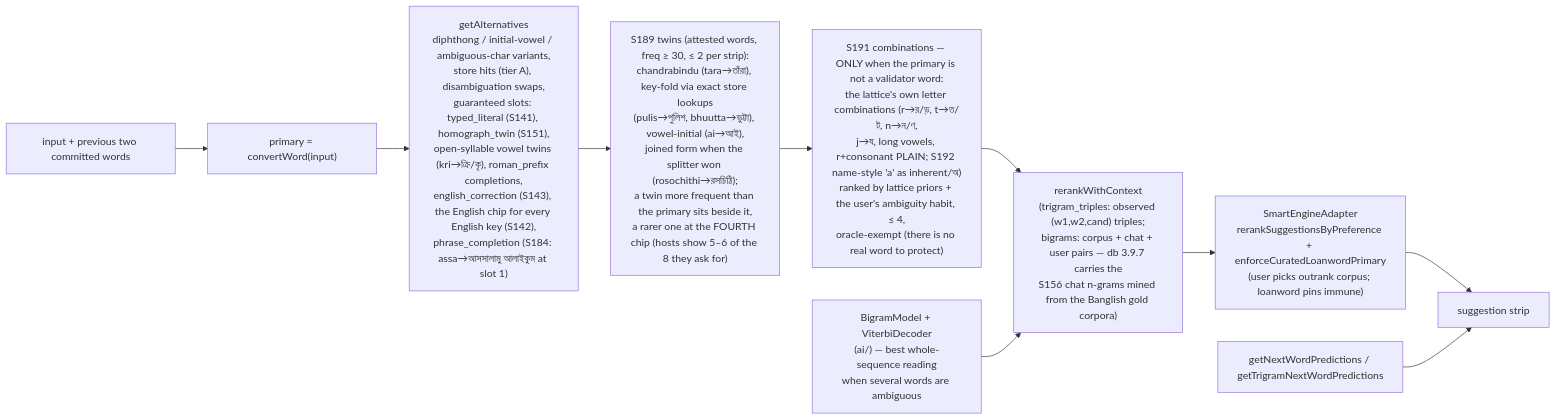
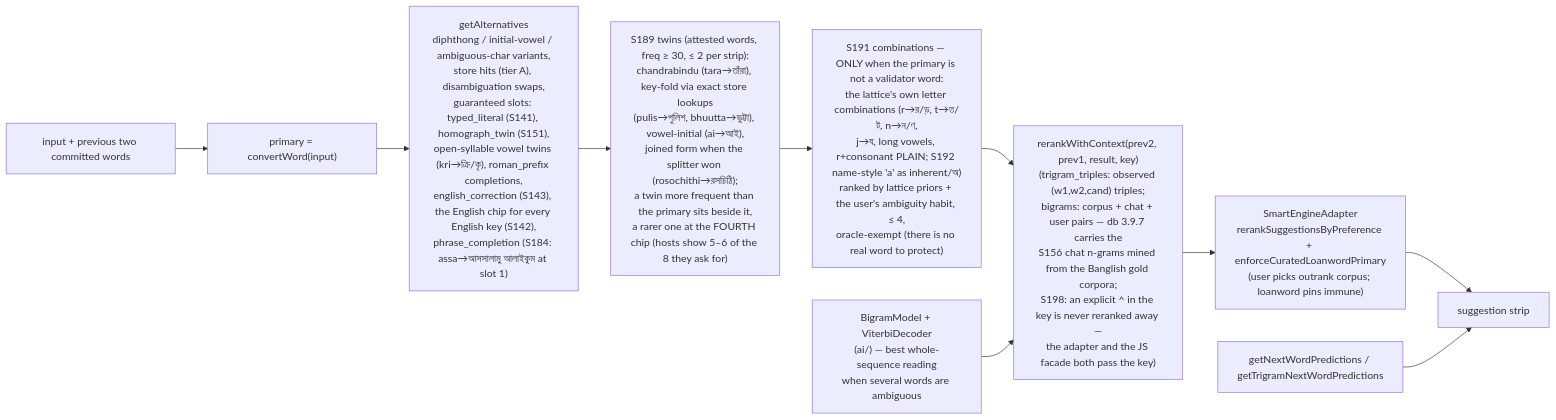
Before and after one commit to Shahabul87/banglu-kmp: the fifth of 10 diagrams in docs/architecture/engine-architecture.md, drawn with Mermaid. The commit also changed other lines of this file, not shown here.

First line of the commit message:
docs(architecture): fold S194–S198 into the engine reference — spacebar rollover, hold-c direct marker, keystroke memory budget, deletion run + mid-word caret, z-faithful law, full-profile default, explicit marker never reranked

````diff
--- a/docs/architecture/engine-architecture.md
+++ b/docs/architecture/engine-architecture.md
@@ -250,12 +262,12 @@
 ```mermaid
 flowchart LR
     IN["input + previous two committed words"] --> PRIM["primary = convertWord(input)"]
     PRIM --> ALT["getAlternatives<br/>diphthong / initial-vowel / ambiguous-char variants,<br/>store hits (tier A), disambiguation swaps,<br/>guaranteed slots: typed_literal (S141), homograph_twin (S151),<br/>open-syllable vowel twins (kri→ক্রি/কৃ), roman_prefix completions,<br/>english_correction (S143), the English chip for every English key (S142),<br/>phrase_completion (S184: assa→আসসালামু আলাইকুম at slot 1)"]
     ALT --> TW["S189 twins (attested words, freq ≥ 30, ≤ 2 per strip):<br/>chandrabindu (tara→তাঁরা), key-fold via exact store lookups<br/>(pulis→পুলিশ, bhuutta→ভুট্টা), vowel-initial (ai→আই),<br/>joined form when the splitter won (rosochithi→রসচিঠি);<br/>a twin more frequent than the primary sits beside it,<br/>a rarer one at the FOURTH chip (hosts show 5–6 of the 8 they ask for)"]
     TW --> CB["S191 combinations — ONLY when the primary is not a validator word:<br/>the lattice's own letter combinations (r→র/ড়, t→ত/ট, n→ন/ণ,<br/>j→য, long vowels, r+consonant PLAIN; S192 name-style 'a' as inherent/অ)<br/>ranked by lattice priors + the user's ambiguity habit, ≤ 4,<br/>oracle-exempt (there is no real word to protect)"]
-    CB --> CTX["rerankWithContext<br/>(trigram_triples: observed (w1,w2,cand) triples;<br/>bigrams: corpus + chat + user pairs — db 3.9.7 carries the<br/>S156 chat n-grams mined from the Banglish gold corpora)"]
+    CB --> CTX["rerankWithContext(prev2, prev1, result, key)<br/>(trigram_triples: observed (w1,w2,cand) triples;<br/>bigrams: corpus + chat + user pairs — db 3.9.7 carries the<br/>S156 chat n-grams mined from the Banglish gold corpora;<br/>S198: an explicit ^ in the key is never reranked away —<br/>the adapter and the JS facade both pass the key)"]
     CTX --> PREF["SmartEngineAdapter<br/>rerankSuggestionsByPreference + enforceCuratedLoanwordPrimary<br/>(user picks outrank corpus; loanword pins immune)"]
     PREF --> STRIP["suggestion strip"]
     PREV["getNextWordPredictions / getTrigramNextWordPredictions"] --> STRIP
     BM["BigramModel + ViterbiDecoder<br/>(ai/) — best whole-sequence reading<br/>when several words are ambiguous"] --> CTX
 ```
````
